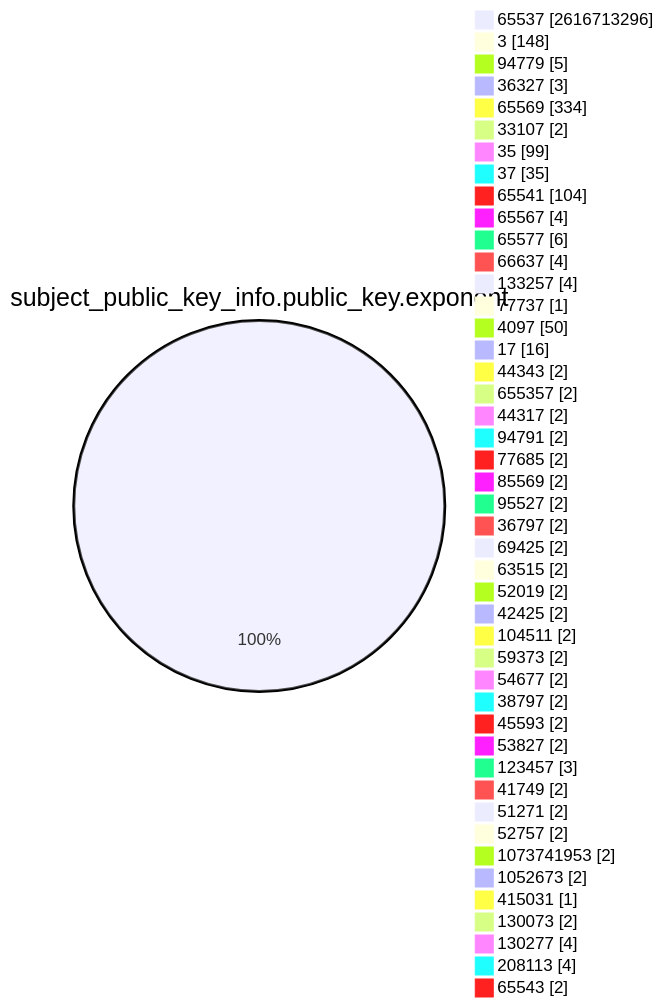
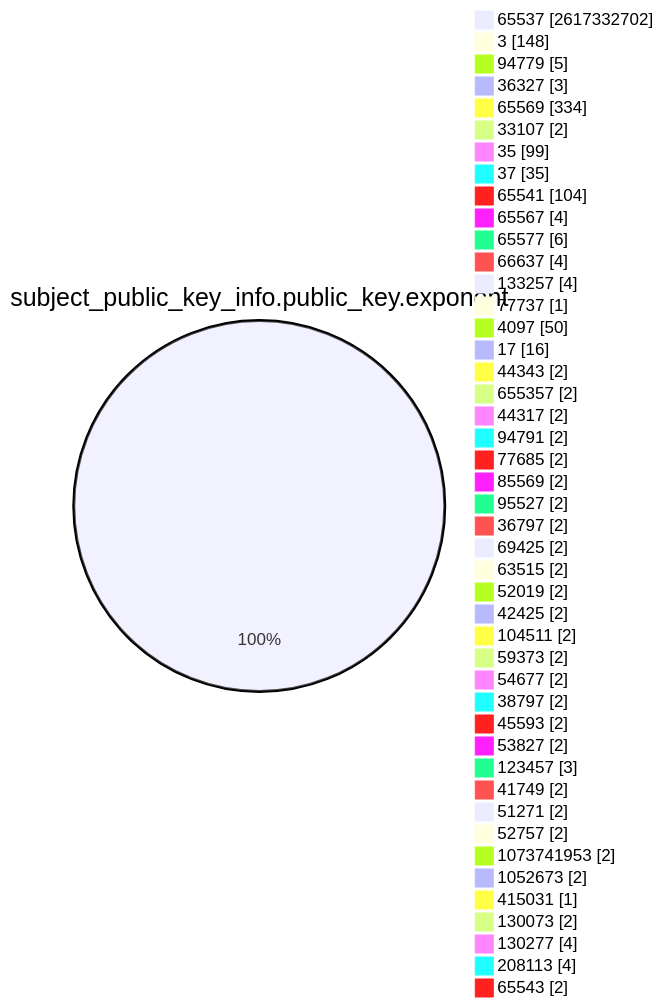
One commit to christiankrug/ctmonitor_visualization changed the fourth of 15 diagrams in TOTAL/README.md. Above: the diagram before and after it, drawn with Mermaid. The commit also changed other lines of this file, not shown here.

````diff
--- a/TOTAL/README.md
+++ b/TOTAL/README.md
@@ -1466,49 +1466,49 @@
 ```mermaid
 pie showData
 title subject_public_key_info.public_key.exponent
-"65537" :2616713296
+"65537" :2617332702
 "3" :148
 "94779" :5
 "36327" :3
 "65569" :334
 "33107" :2
 "35" :99
 "37" :35
 "65541" :104
 "65567" :4
 "65577" :6
 "66637" :4
 "133257" :4
 "77737" :1
 "4097" :50
 "17" :16
 "44343" :2
 "655357" :2
 "44317" :2
 "94791" :2
 "77685" :2
 "85569" :2
 "95527" :2
 "36797" :2
 "69425" :2
 "63515" :2
 "52019" :2
 "42425" :2
 "104511" :2
 "59373" :2
 "54677" :2
 "38797" :2
 "45593" :2
 "53827" :2
 "123457" :3
 "41749" :2
 "51271" :2
 "52757" :2
 "1073741953" :2
 "1052673" :2
 "415031" :1
 "130073" :2
 "130277" :4
 "208113" :4
 "65543" :2
 ```
````
